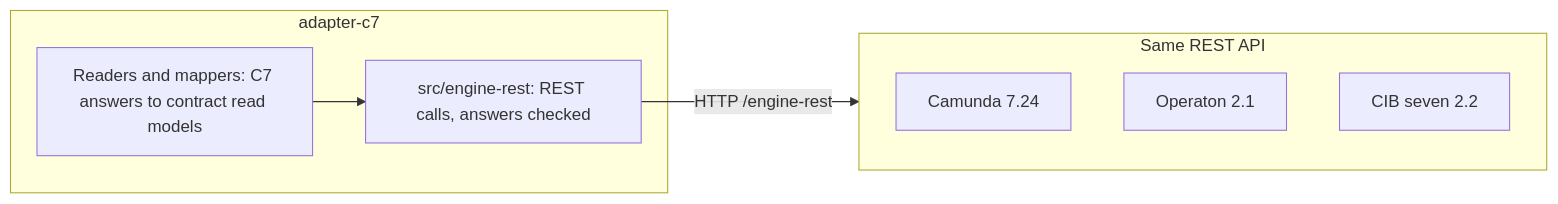
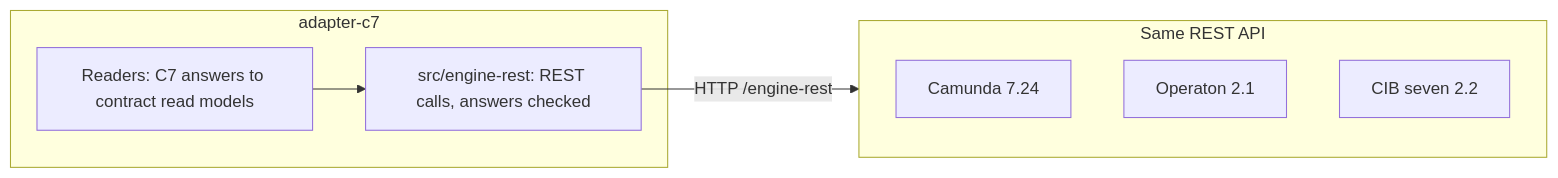
Before and after one commit to Miragon/pulse: the fourth of 7 diagrams in apps/vscode/docs/architecture-overview.md, drawn with Mermaid. The commit also changed 43 other files, not shown here.

````diff
--- a/apps/vscode/docs/architecture-overview.md
+++ b/apps/vscode/docs/architecture-overview.md
@@ -145,14 +145,14 @@
 ```mermaid
 flowchart LR
   subgraph adapter [adapter-c7]
-    readers[Readers and mappers: C7 answers to contract read models]
+    readers[Readers: C7 answers to contract read models]
     rest[src/engine-rest: REST calls, answers checked]
   end
   subgraph family [Same REST API]
     camunda7[Camunda 7.24]
     operaton[Operaton 2.1]
     cibseven[CIB seven 2.2]
   end
   readers --> rest
   rest -- HTTP /engine-rest --> family
 ```
````
